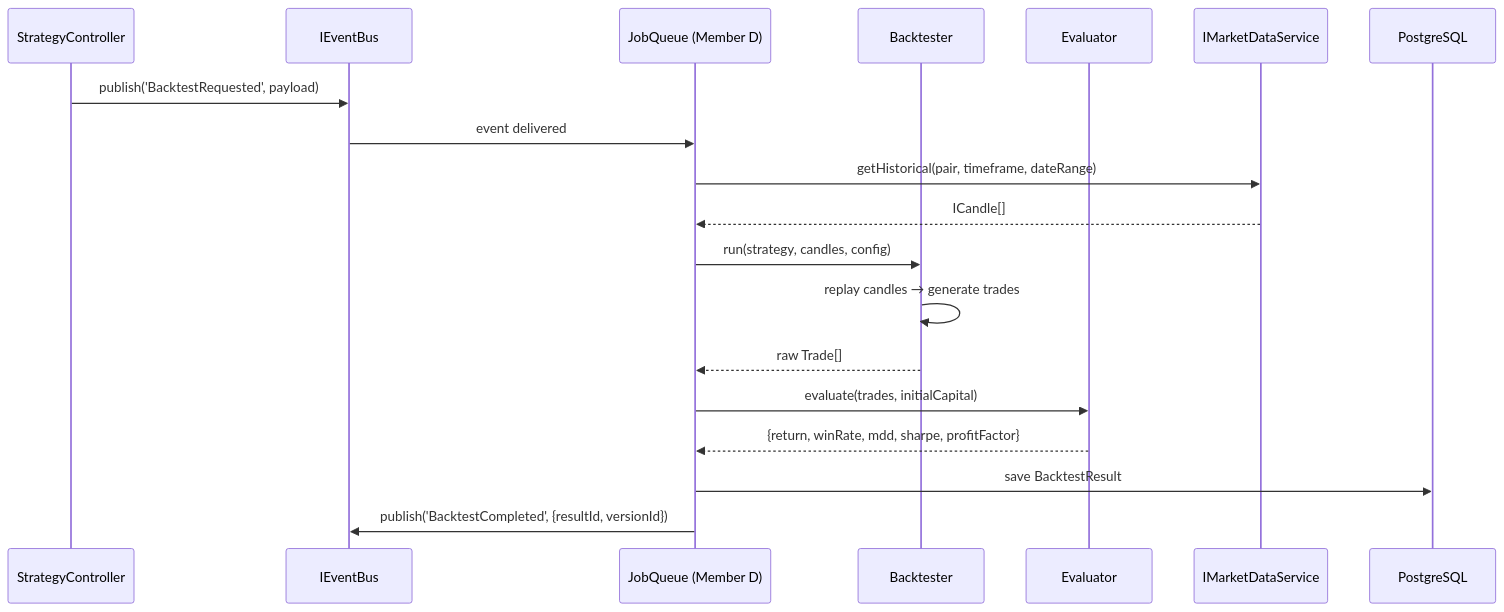
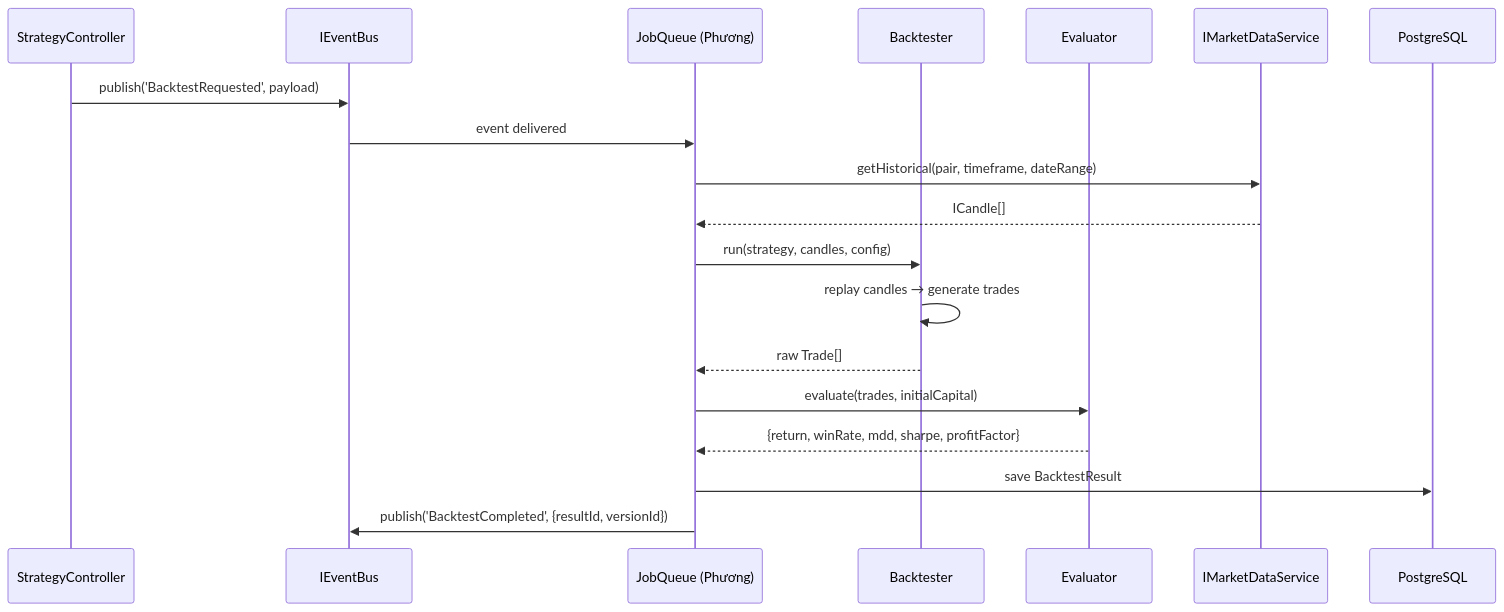
The third of 3 diagrams in kb/modules/strategy-engine.md (Hoang105205/Crypto-Strategy-Lab), drawn with Mermaid before and after one commit. The commit also changed other lines of this file and 13 other files, not shown here.

````diff
--- a/kb/modules/strategy-engine.md
+++ b/kb/modules/strategy-engine.md
@@ -218,22 +218,22 @@
 ```mermaid
 sequenceDiagram
     participant SC as StrategyController
     participant EB as IEventBus
-    participant JQ as JobQueue (Member D)
+    participant JQ as JobQueue (Phương)
     participant BT as Backtester
     participant EV as Evaluator
     participant MD as IMarketDataService
     participant DB as PostgreSQL
 
     SC->>EB: publish('BacktestRequested', payload)
     EB->>JQ: event delivered
     JQ->>MD: getHistorical(pair, timeframe, dateRange)
     MD-->>JQ: ICandle[]
     JQ->>BT: run(strategy, candles, config)
     BT->>BT: replay candles → generate trades
     BT-->>JQ: raw Trade[]
     JQ->>EV: evaluate(trades, initialCapital)
     EV-->>JQ: {return, winRate, mdd, sharpe, profitFactor}
     JQ->>DB: save BacktestResult
     JQ->>EB: publish('BacktestCompleted', {resultId, versionId})
 ```
````
